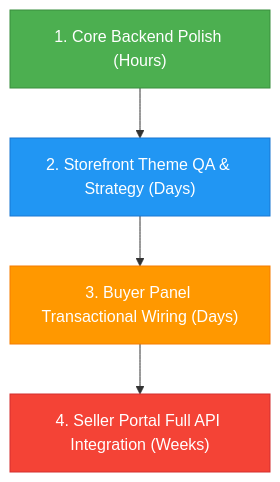
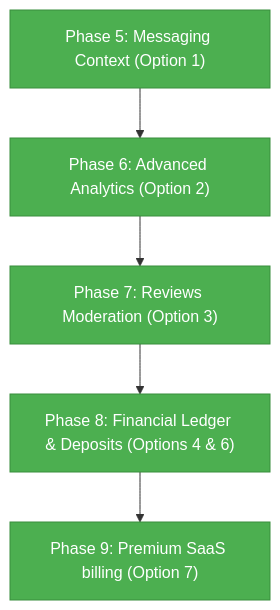
Before and after one commit to m-abrar/sellio-platform: the diagram in pending_tasks_report.md, drawn with Mermaid. The commit also changed other lines of this file and 28 other files, not shown here.

````diff
--- a/pending_tasks_report.md
+++ b/pending_tasks_report.md
@@ -11,10 +11,12 @@
 ```mermaid
 graph TD
-    A["1. Core Backend Polish (Hours)"] --> B["2. Storefront Theme QA & Strategy (Days)"]
-    B --> C["3. Buyer Panel Transactional Wiring (Days)"]
-    C --> D["4. Seller Portal Full API Integration (Weeks)"]
+    A["Phase 5: Messaging Context (Option 1)"] --> B["Phase 6: Advanced Analytics (Option 2)"]
+    B --> C["Phase 7: Reviews Moderation (Option 3)"]
+    C --> D["Phase 8: Financial Ledger & Deposits (Options 4 & 6)"]
+    D --> E["Phase 9: Premium SaaS billing (Option 7)"]
     style A fill:#4CAF50,stroke:#388E3C,color:#fff
-    style B fill:#2196F3,stroke:#1976D2,color:#fff
-    style C fill:#FF9800,stroke:#F57C00,color:#fff
-    style D fill:#F44336,stroke:#D32F2F,color:#fff
+    style B fill:#4CAF50,stroke:#388E3C,color:#fff
+    style C fill:#4CAF50,stroke:#388E3C,color:#fff
+    style D fill:#4CAF50,stroke:#388E3C,color:#fff
+    style E fill:#4CAF50,stroke:#388E3C,color:#fff
 ```
````
